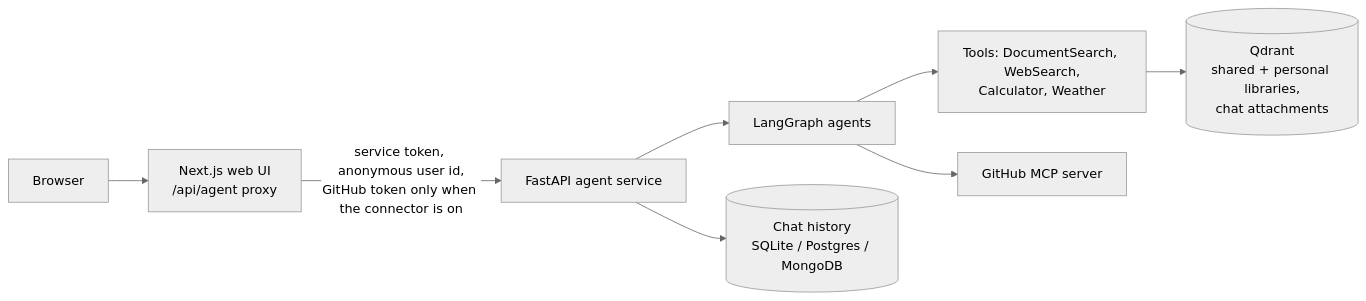
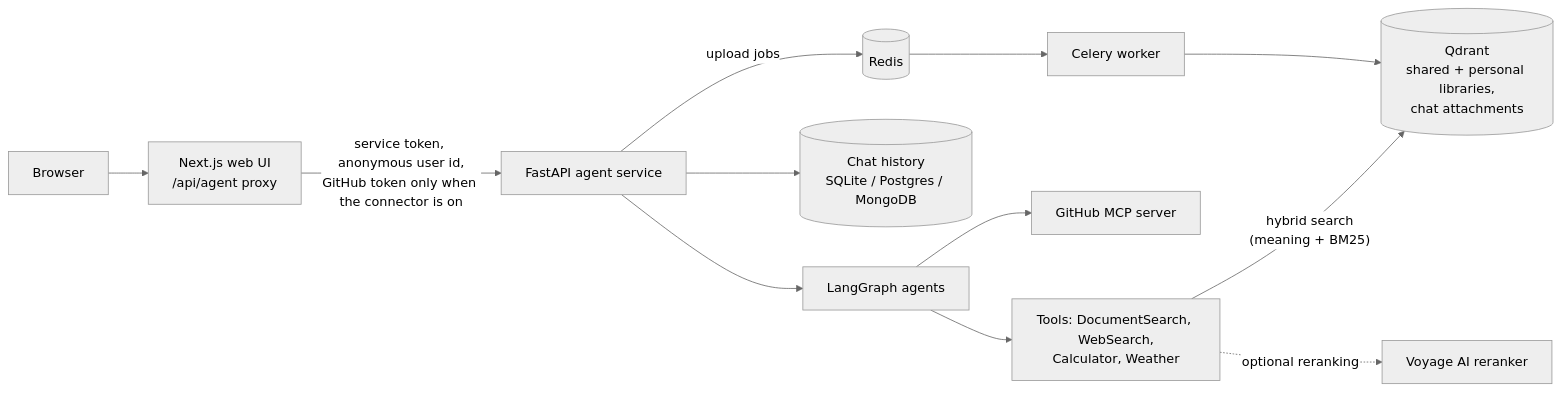
One commit to qwertyz15/synapse-ai changed the diagram in README.md. Above: the diagram before and after it, drawn with Mermaid (neutral theme). The commit also changed other lines of this file, not shown here.

Commit message:
docs(readme): complete the API table, show Redis, worker and reranking in the diagram

````diff
--- a/README.md
+++ b/README.md
@@ -277,10 +278,12 @@
 ```mermaid
 flowchart LR
     B[Browser] --> W["Next.js web UI<br/>/api/agent proxy"]
     W -->|"service token, anonymous user id,<br/>GitHub token only when the connector is on"| S[FastAPI agent service]
     S --> A[LangGraph agents]
     A --> T["Tools: DocumentSearch, WebSearch,<br/>Calculator, Weather"]
     A --> G[GitHub MCP server]
-    T --> C[("Qdrant<br/>shared + personal libraries,<br/>chat attachments")]
+    T -->|"hybrid search<br/>(meaning + BM25)"| C[("Qdrant<br/>shared + personal libraries,<br/>chat attachments")]
+    T -.->|"optional reranking"| V[Voyage AI reranker]
     S --> M[("Chat history<br/>SQLite / Postgres / MongoDB")]
+    S -->|upload jobs| R[(Redis)] --> K[Celery worker] --> C
 ```
````
